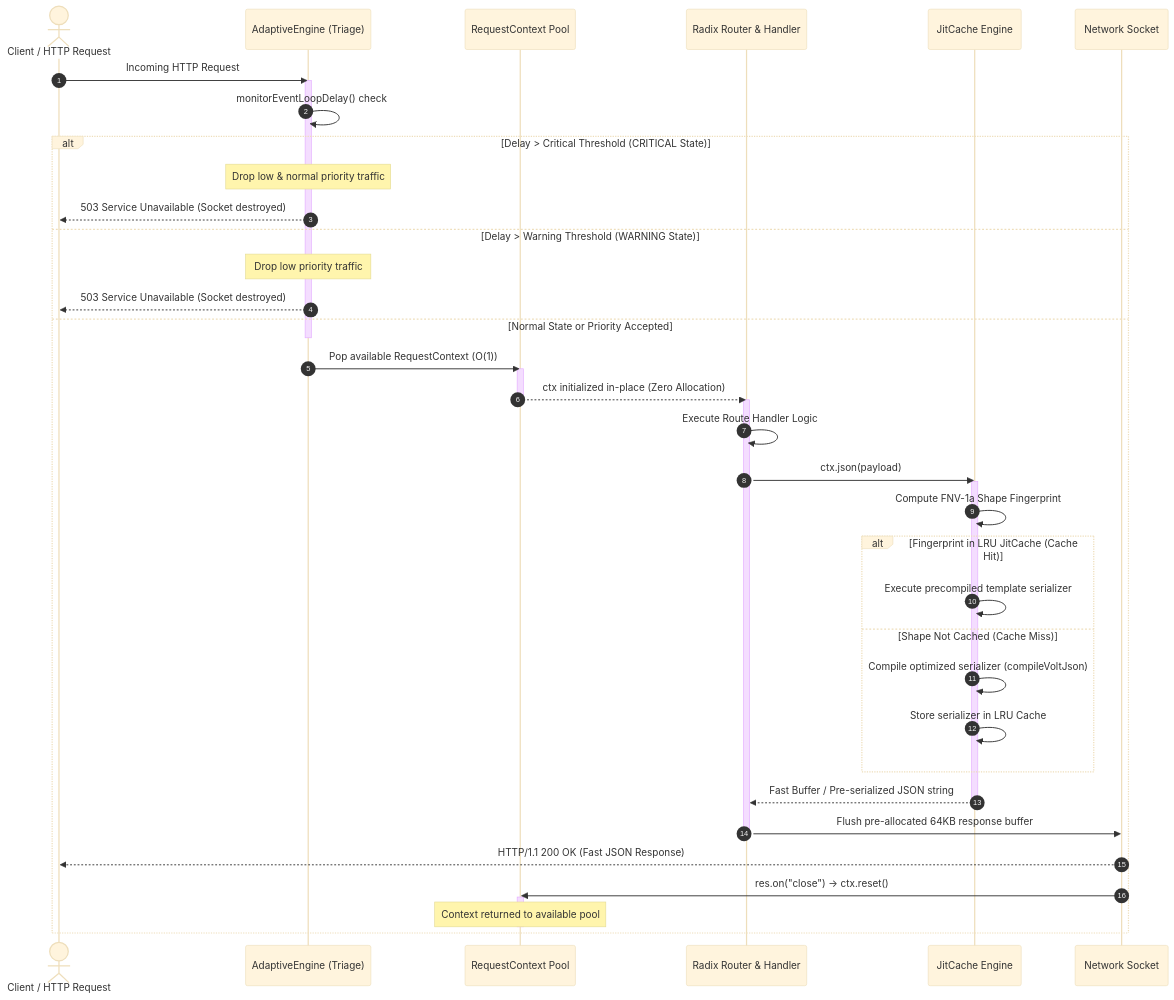
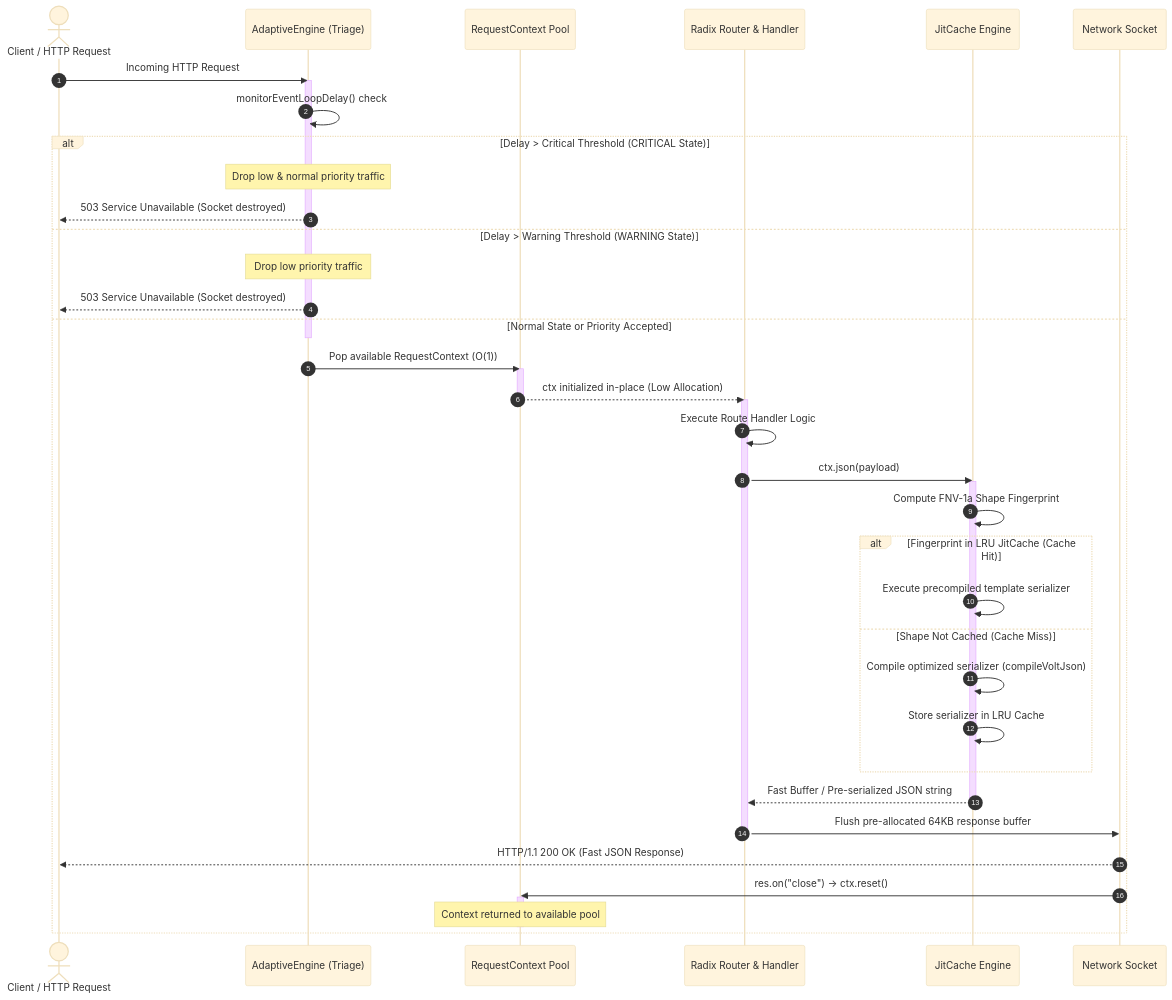
Before and after one commit to VoltenJS/volten: the diagram in docs/api/performance.md, drawn with Mermaid (base theme). The commit also changed other lines of this file and 6 other files, not shown here.

First line of the commit message:
docs: update context pooling architecture, configuration, and security documentation

````diff
--- a/docs/api/performance.md
+++ b/docs/api/performance.md
@@ -15,52 +15,52 @@
 ```mermaid
 sequenceDiagram
   autonumber
   actor Client as Client / HTTP Request
   participant Engine as AdaptiveEngine (Triage)
   participant Pool as RequestContext Pool
   participant Router as Radix Router & Handler
   participant Jit as JitCache Engine
   participant Socket as Network Socket
 
   Client->>Engine: Incoming HTTP Request
   activate Engine
   Engine->>Engine: monitorEventLoopDelay() check
 
   alt Delay > Critical Threshold (CRITICAL State)
     Note over Engine: Drop low & normal priority traffic
     Engine-->>Client: 503 Service Unavailable (Socket destroyed)
   else Delay > Warning Threshold (WARNING State)
     Note over Engine: Drop low priority traffic
     Engine-->>Client: 503 Service Unavailable (Socket destroyed)
   else Normal State or Priority Accepted
     deactivate Engine
     Engine->>Pool: Pop available RequestContext (O(1))
     activate Pool
-    Pool-->>Router: ctx initialized in-place (Zero Allocation)
+    Pool-->>Router: ctx initialized in-place (Low Allocation)
     deactivate Pool
 
     activate Router
     Router->>Router: Execute Route Handler Logic
     Router->>Jit: ctx.json(payload)
 
     activate Jit
     Jit->>Jit: Compute FNV-1a Shape Fingerprint
     alt Fingerprint in LRU JitCache (Cache Hit)
       Jit->>Jit: Execute precompiled template serializer
     else Shape Not Cached (Cache Miss)
       Jit->>Jit: Compile optimized serializer (compileVoltJson)
       Jit->>Jit: Store serializer in LRU Cache
     end
     Jit-->>Router: Fast Buffer / Pre-serialized JSON string
     deactivate Jit
 
     Router->>Socket: Flush pre-allocated 64KB response buffer
     deactivate Router
     Socket-->>Client: HTTP/1.1 200 OK (Fast JSON Response)
 
     Socket->>Pool: res.on("close") -> ctx.reset()
     activate Pool
     Note over Pool: Context returned to available pool
     deactivate Pool
   end
 ```
````
